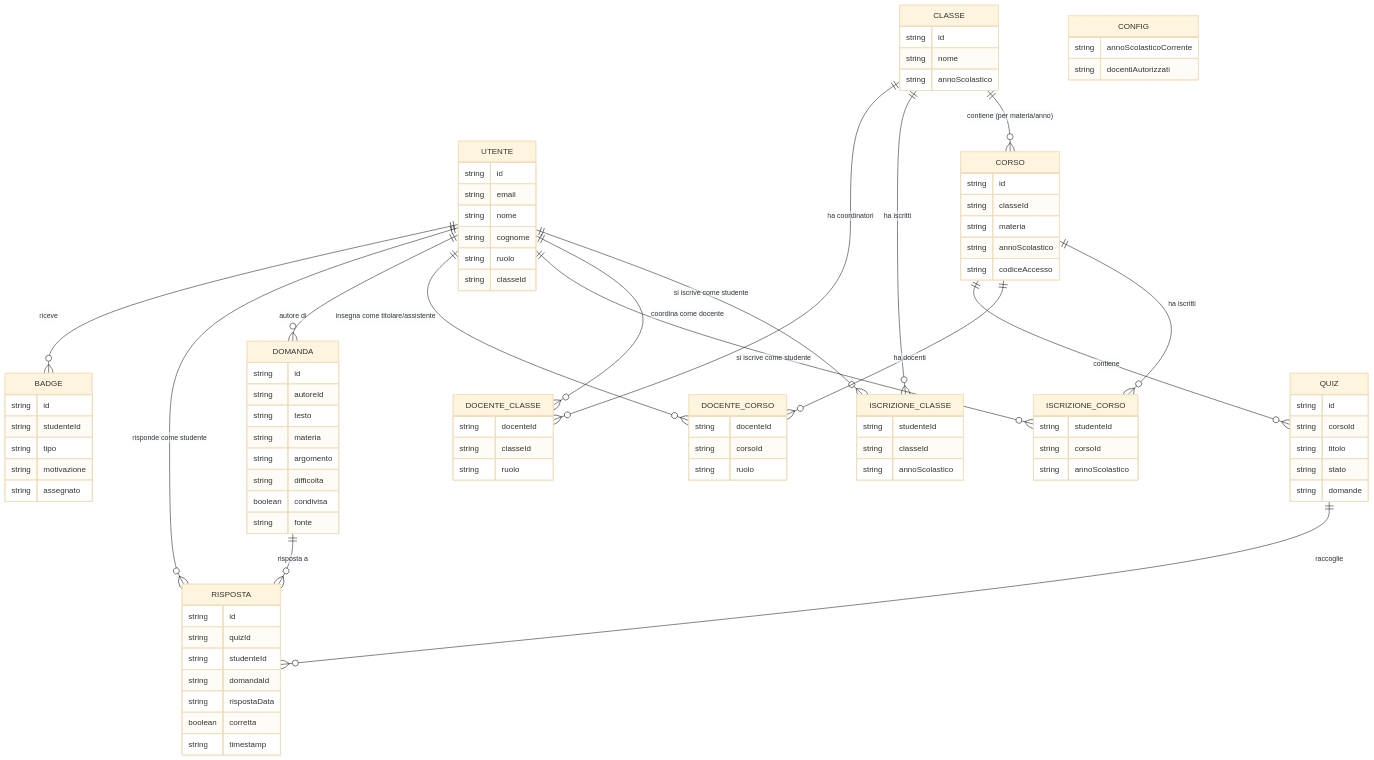
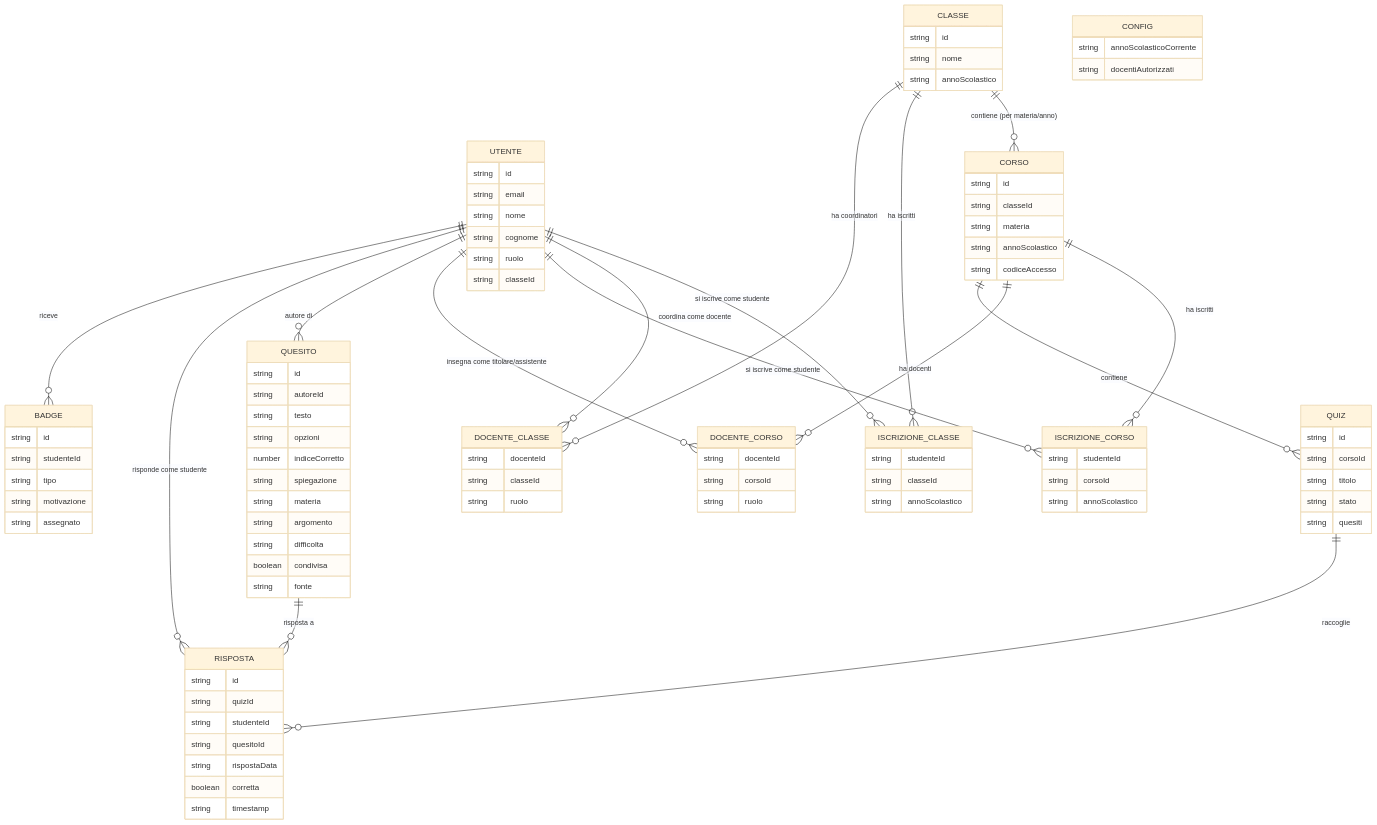
Before and after one commit to trikkulab/isaquiz: the diagram in docs/isaquiz_ERD.md, drawn with Mermaid (base theme). The commit also changed other lines of this file and 14 other files, not shown here.

Commit message:
Grosso rename: da domanda a quesito

````diff
--- a/docs/isaquiz_ERD.md
+++ b/docs/isaquiz_ERD.md
@@ -60,10 +60,13 @@
         string docentiAutorizzati
     }
 
-    DOMANDA {
+    QUESITO {
         string id
         string autoreId
         string testo
+        string opzioni
+        number indiceCorretto
+        string spiegazione
         string materia
         string argomento
         string difficolta
@@ -76,14 +79,14 @@
         string corsoId
         string titolo
         string stato
-        string domande
+        string quesiti
     }
 
     RISPOSTA {
         string id
         string quizId
         string studenteId
-        string domandaId
+        string quesitoId
         string rispostaData
         boolean corretta
         string timestamp
@@ -107,9 +110,9 @@
     CORSO ||--o{ ISCRIZIONE_CORSO : "ha iscritti"
     CORSO ||--o{ DOCENTE_CORSO : "ha docenti"
     CORSO ||--o{ QUIZ : "contiene"
-    UTENTE ||--o{ DOMANDA : "autore di"
+    UTENTE ||--o{ QUESITO : "autore di"
     QUIZ ||--o{ RISPOSTA : "raccoglie"
     UTENTE ||--o{ RISPOSTA : "risponde come studente"
-    DOMANDA ||--o{ RISPOSTA : "risposta a"
+    QUESITO ||--o{ RISPOSTA : "risposta a"
     UTENTE ||--o{ BADGE : "riceve"
 ```
````
